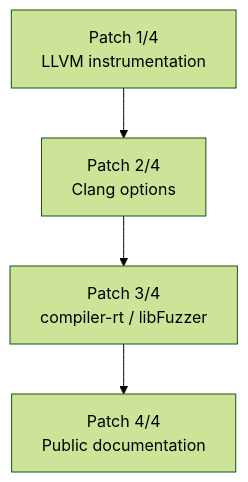
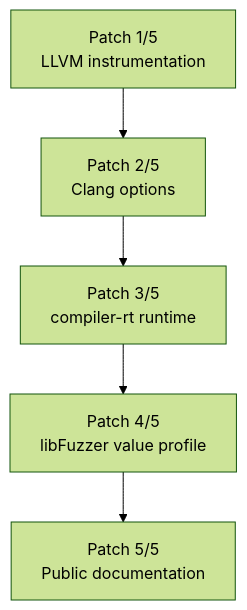
One commit to trace-args-ret/trace-args-ret.github.io changed the eighth of 18 diagrams in README.md. Above: the diagram before and after it, drawn with Mermaid (forest theme). The commit also changed other lines of this file and 14 other files, not shown here.

````diff
--- a/README.md
+++ b/README.md
@@ -229,6 +233,7 @@
 ```mermaid
 flowchart TD
-    A["Patch 1/4<br/>LLVM instrumentation"] --> B["Patch 2/4<br/>Clang options"]
-    B --> C["Patch 3/4<br/>compiler-rt / libFuzzer"]
-    C --> D["Patch 4/4<br/>Public documentation"]
+    A["Patch 1/5<br/>LLVM instrumentation"] --> B["Patch 2/5<br/>Clang options"]
+    B --> C["Patch 3/5<br/>compiler-rt runtime"]
+    C --> D["Patch 4/5<br/>libFuzzer value profile"]
+    D --> E["Patch 5/5<br/>Public documentation"]
 ```
````
